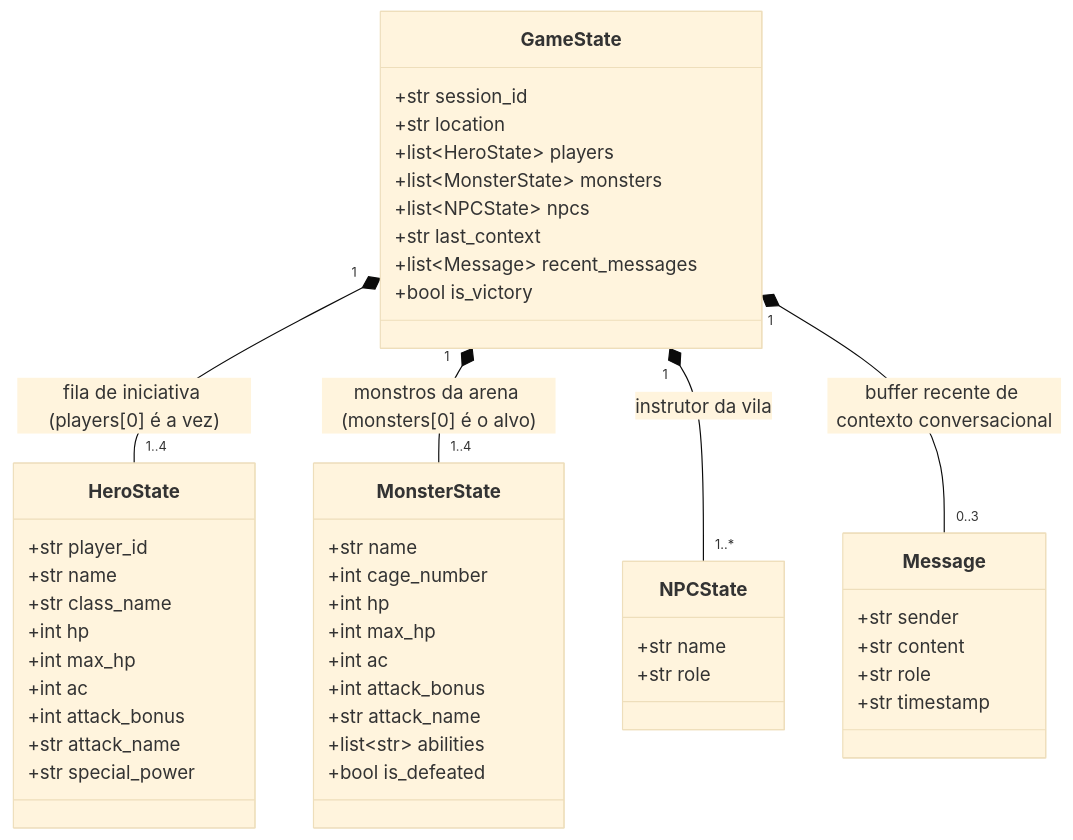
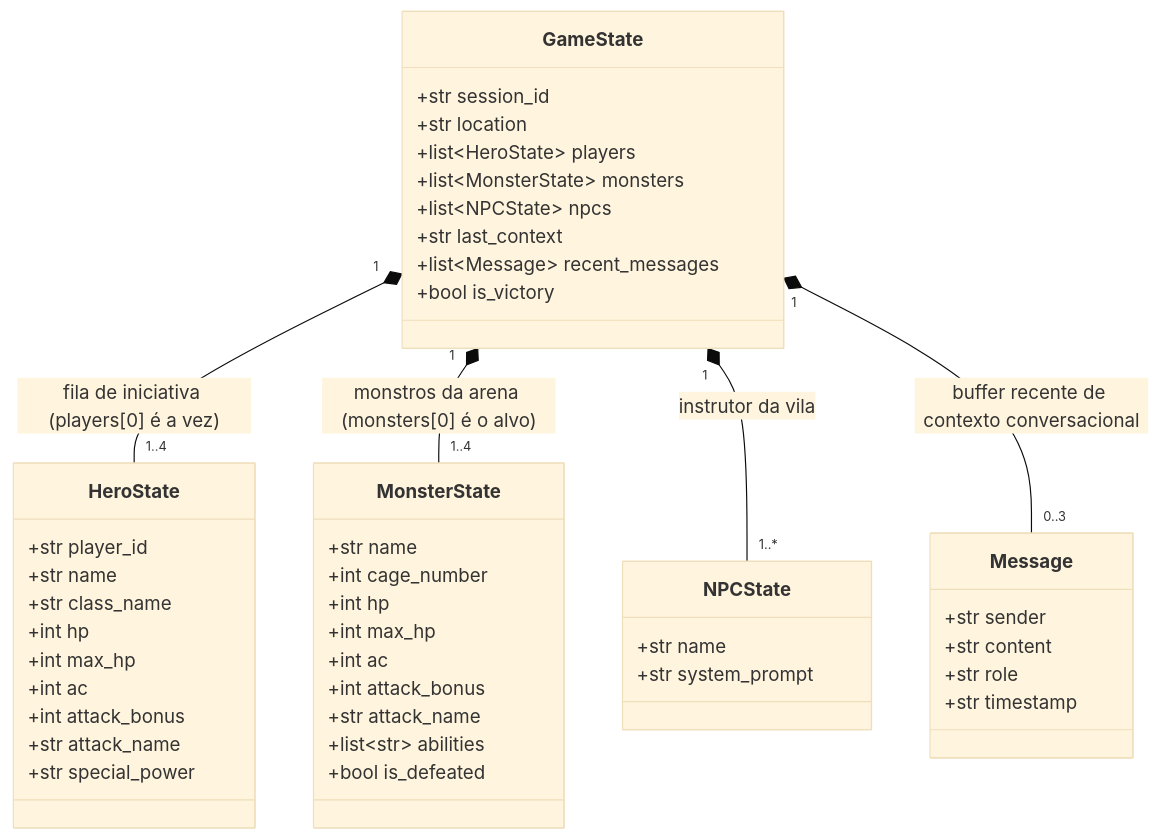
The second of 5 diagrams in docs/architecture.md (gradprojetos/ai-npc), drawn with Mermaid (base theme) before and after one commit. The commit also changed other lines of this file and 7 other files, not shown here.

````diff
--- a/docs/architecture.md
+++ b/docs/architecture.md
@@ -57,54 +57,54 @@
 ```mermaid
 classDiagram
     class GameState {
         +str session_id
         +str location
         +list~HeroState~ players
         +list~MonsterState~ monsters
         +list~NPCState~ npcs
         +str last_context
         +list~Message~ recent_messages
         +bool is_victory
     }
 
     class HeroState {
         +str player_id
         +str name
         +str class_name
         +int hp
         +int max_hp
         +int ac
         +int attack_bonus
         +str attack_name
         +str special_power
     }
 
     class MonsterState {
         +str name
         +int cage_number
         +int hp
         +int max_hp
         +int ac
         +int attack_bonus
         +str attack_name
         +list~str~ abilities
         +bool is_defeated
     }
 
     class NPCState {
         +str name
-        +str role
+        +str system_prompt
     }
 
     class Message {
         +str sender
         +str content
         +str role
         +str timestamp
     }
 
     GameState "1" *-- "1..4" HeroState : fila de iniciativa (players[0] é a vez)
     GameState "1" *-- "1..4" MonsterState : monstros da arena (monsters[0] é o alvo)
     GameState "1" *-- "1..*" NPCState : instrutor da vila
     GameState "1" *-- "0..3" Message : buffer recente de contexto conversacional
 ```
````
